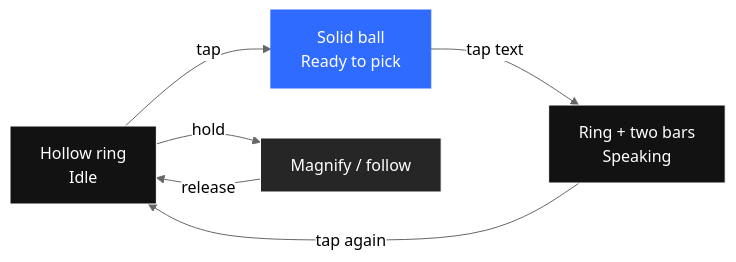
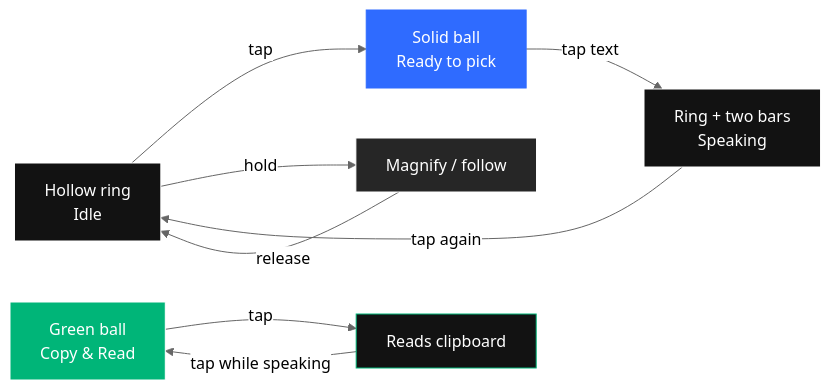
One commit to zjh1934/kandeqing changed the diagram in README.en.md. Above: the diagram before and after it, drawn with Mermaid (neutral theme). The commit also changed other lines of this file and 22 other files, not shown here.

````diff
--- a/README.en.md
+++ b/README.en.md
@@ -106,12 +108,16 @@
 ```mermaid
 flowchart LR
     A["Hollow ring<br/>Idle"] -->|tap| B["Solid ball<br/>Ready to pick"]
     B -->|tap text| C["Ring + two bars<br/>Speaking"]
     C -->|tap again| A
     A -->|hold| D["Magnify / follow"]
     D -->|release| A
+    G["Green ball<br/>Copy & Read"] -->|tap| E["Reads clipboard"]
+    E -->|tap while speaking| G
+    style G fill:#00B578,stroke:#FFFFFF,color:#FFFFFF
+    style E fill:#121212,stroke:#00B578,color:#FFFFFF
     style A fill:#121212,stroke:#FFFFFF,color:#FFFFFF
     style B fill:#2F6BFF,stroke:#2F6BFF,color:#FFFFFF
     style C fill:#121212,stroke:#FFFFFF,color:#FFFFFF
     style D fill:#262626,stroke:#FFFFFF,color:#FFFFFF
 ```
````
